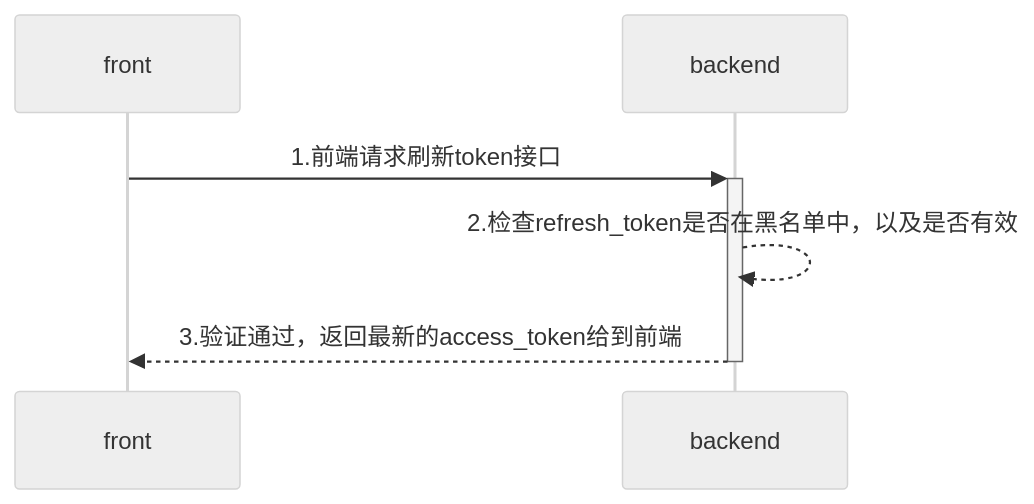
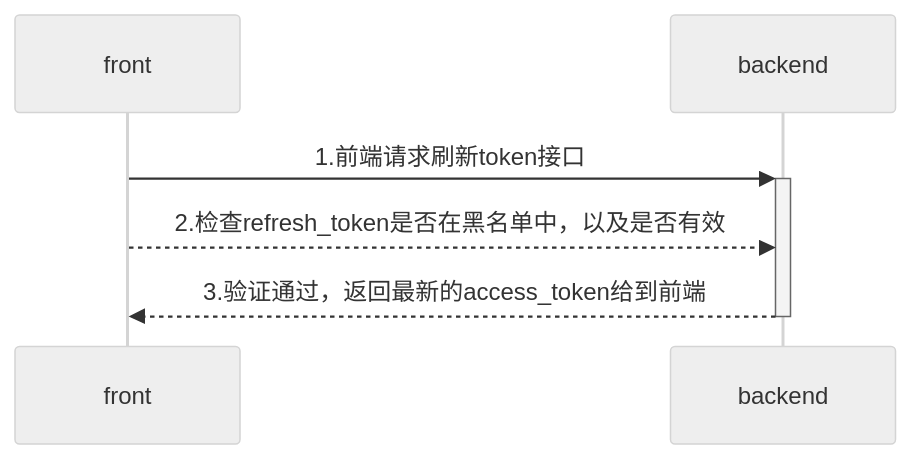
One commit to yingjianzh/iodraw-files changed the diagram in all/未命名-4.md. Above: the diagram before and after it, drawn with Mermaid (neutral theme).

Commit message:
2024-08-02 17:57:02 update

````diff
--- a/all/未命名-4.md
+++ b/all/未命名-4.md
@@ -1,6 +1,6 @@
 ```mermaid
 sequenceDiagram
     front->>+backend: 1.前端请求刷新token接口
-    backend-->>backend: 2.检查refresh_token是否在黑名单中，以及是否有效
+    front-->>backend: 2.检查refresh_token是否在黑名单中，以及是否有效
     backend-->>-front: 3.验证通过，返回最新的access_token给到前端
 ```
````
